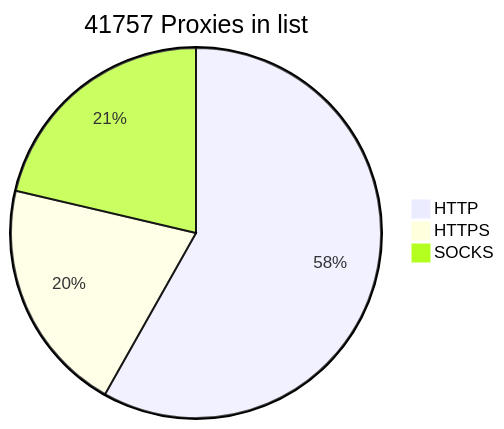
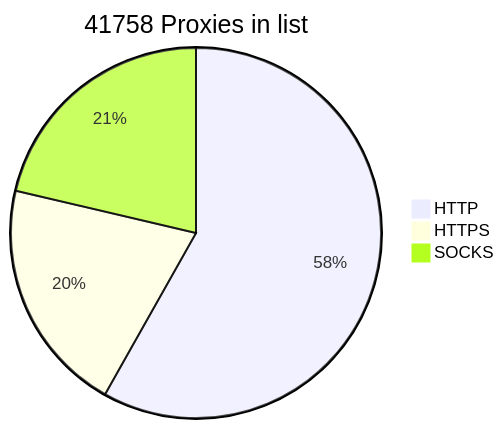
The diagram in README.md (BlackSnowDot/proxylist-update-every-minute), drawn with Mermaid before and after one commit.

````diff
--- a/README.md
+++ b/README.md
@@ -2,6 +2,6 @@
 ```mermaid
-pie title 41757 Proxies in list
+pie title 41758 Proxies in list
     "HTTP" : 28126
-    "HTTPS": 9906
+    "HTTPS": 9909
     "SOCKS" : 10315
 ```
````
